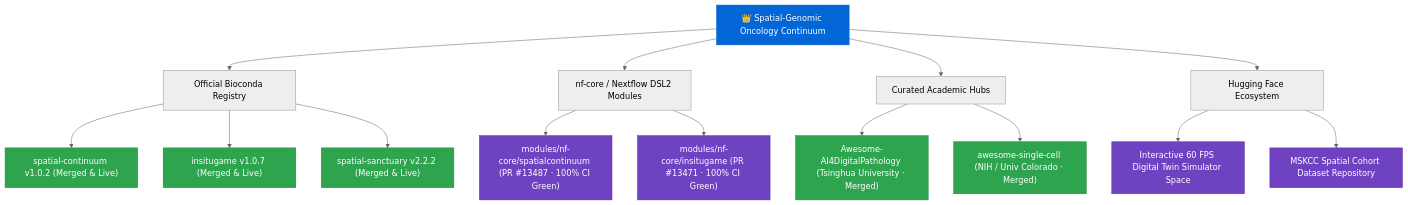
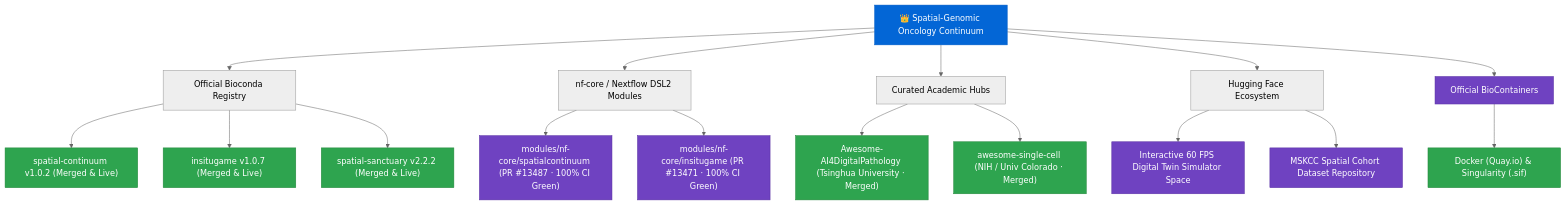
One commit to Lukecele/Lukecele changed the diagram in README.md. Above: the diagram before and after it, drawn with Mermaid (neutral theme). The commit also changed other lines of this file, not shown here.

Commit message:
docs: add BioContainers (Docker and Singularity) badges and usage instructions

````diff
--- a/README.md
+++ b/README.md
@@ -98,28 +105,31 @@
 ```mermaid
 flowchart TD
     A["👑 Spatial-Genomic Oncology Continuum"] --> B["Official Bioconda Registry"]
     A --> C["nf-core / Nextflow DSL2 Modules"]
     A --> D["Curated Academic Hubs"]
     A --> E["Hugging Face Ecosystem"]
+    A --> F["Official BioContainers"]
     
     B --> B1["spatial-continuum v1.0.2 (Merged & Live)"]
     B --> B2["insitugame v1.0.7 (Merged & Live)"]
     B --> B3["spatial-sanctuary v2.2.2 (Merged & Live)"]
     
     C --> C1["modules/nf-core/spatialcontinuum (PR #13487 · 100% CI Green)"]
     C --> C2["modules/nf-core/insitugame (PR #13471 · 100% CI Green)"]
     
     D --> D1["Awesome-AI4DigitalPathology (Tsinghua University · Merged)"]
     D --> D2["awesome-single-cell (NIH / Univ Colorado · Merged)"]
     
     E --> E1["Interactive 60 FPS Digital Twin Simulator Space"]
     E --> E2["MSKCC Spatial Cohort Dataset Repository"]
 
+    F --> F1["Docker (Quay.io) & Singularity (.sif)"]
+
     classDef merged fill:#2ea44f,stroke:#22863a,color:#ffffff;
     classDef flagship fill:#0366d6,stroke:#005cc5,color:#ffffff;
     classDef platform fill:#6f42c1,stroke:#5a32a3,color:#ffffff;
 
     class A flagship;
-    class B1,B2,B3,D1,D2 merged;
-    class C1,C2,E1,E2 platform;
+    class B1,B2,B3,D1,D2,F1 merged;
+    class C1,C2,E1,E2,F platform;
 ```
````
